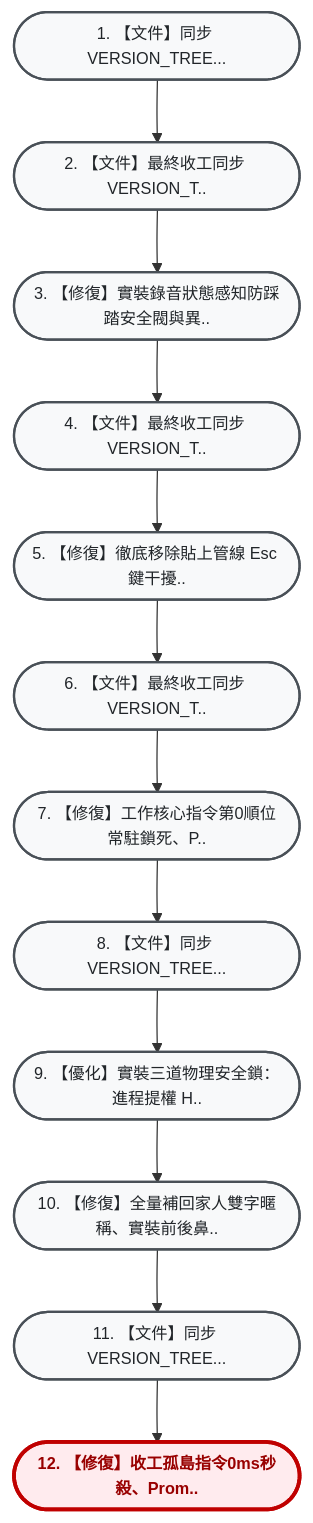
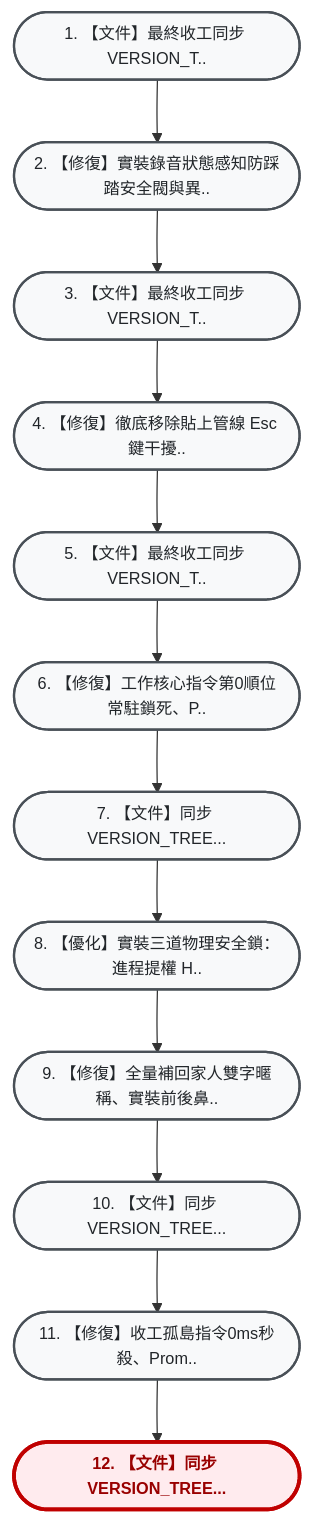
One commit to hjen8/NoType-Scribe changed the diagram in VERSION_TREE.md. Above: the diagram before and after it, drawn with Mermaid. The commit also changed other lines of this file, not shown here.

Commit message:
【文件】同步 VERSION_TREE.md (Task 62 完工收工)

````diff
--- a/VERSION_TREE.md
+++ b/VERSION_TREE.md
@@ -13,30 +13,30 @@
 ```mermaid
 flowchart TD
     %% 雙壁版本樹專用視覺化配色風格 (由上而下 TD 垂直大字純中文版)
     classDef default fill:#f8f9fa,stroke:#495057,stroke-width:1.8px,color:#212529,font-size:13px;
     classDef current fill:#ffebee,stroke:#c00000,stroke-width:3px,color:#900,font-weight:bold,font-size:13px;
     classDef mergeNode fill:#e3f2fd,stroke:#1565c0,stroke-width:2px,color:#0d47a1,font-size:13px;
-    n_e84eb66(["1. 【文件】同步 VERSION_TREE..."]):::default
-    n_84b947b(["2. 【文件】最終收工同步 VERSION_T.."]):::default
-    n_8774d72(["3. 【修復】實裝錄音狀態感知防踩踏安全閥與異.."]):::default
-    n_3b1109f(["4. 【文件】最終收工同步 VERSION_T.."]):::default
-    n_3fd94e8(["5. 【修復】徹底移除貼上管線 Esc 鍵干擾.."]):::default
-    n_796160e(["6. 【文件】最終收工同步 VERSION_T.."]):::default
-    n_01556eb(["7. 【修復】工作核心指令第0順位常駐鎖死、P.."]):::default
-    n_de0f9ca(["8. 【文件】同步 VERSION_TREE..."]):::default
-    n_0998c9e(["9. 【優化】實裝三道物理安全鎖：進程提權 H.."]):::default
-    n_c88210e(["10. 【修復】全量補回家人雙字暱稱、實裝前後鼻.."]):::default
-    n_534b345(["11. 【文件】同步 VERSION_TREE..."]):::default
-    n_79367e2(["12. 【修復】收工孤島指令0ms秒殺、Prom.."]):::current
-    n_e84eb66 --> n_84b947b
+    n_84b947b(["1. 【文件】最終收工同步 VERSION_T.."]):::default
+    n_8774d72(["2. 【修復】實裝錄音狀態感知防踩踏安全閥與異.."]):::default
+    n_3b1109f(["3. 【文件】最終收工同步 VERSION_T.."]):::default
+    n_3fd94e8(["4. 【修復】徹底移除貼上管線 Esc 鍵干擾.."]):::default
+    n_796160e(["5. 【文件】最終收工同步 VERSION_T.."]):::default
+    n_01556eb(["6. 【修復】工作核心指令第0順位常駐鎖死、P.."]):::default
+    n_de0f9ca(["7. 【文件】同步 VERSION_TREE..."]):::default
+    n_0998c9e(["8. 【優化】實裝三道物理安全鎖：進程提權 H.."]):::default
+    n_c88210e(["9. 【修復】全量補回家人雙字暱稱、實裝前後鼻.."]):::default
+    n_534b345(["10. 【文件】同步 VERSION_TREE..."]):::default
+    n_c39c580(["11. 【修復】收工孤島指令0ms秒殺、Prom.."]):::default
+    n_6a0dac4(["12. 【文件】同步 VERSION_TREE..."]):::current
     n_84b947b --> n_8774d72
     n_8774d72 --> n_3b1109f
     n_3b1109f --> n_3fd94e8
     n_3fd94e8 --> n_796160e
     n_796160e --> n_01556eb
     n_01556eb --> n_de0f9ca
     n_de0f9ca --> n_0998c9e
     n_0998c9e --> n_c88210e
     n_c88210e --> n_534b345
-    n_534b345 --> n_79367e2
+    n_534b345 --> n_c39c580
+    n_c39c580 --> n_6a0dac4
 ```
````
